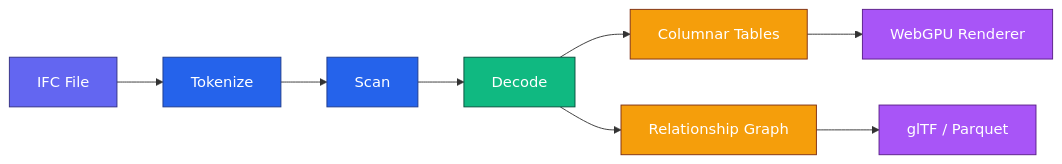
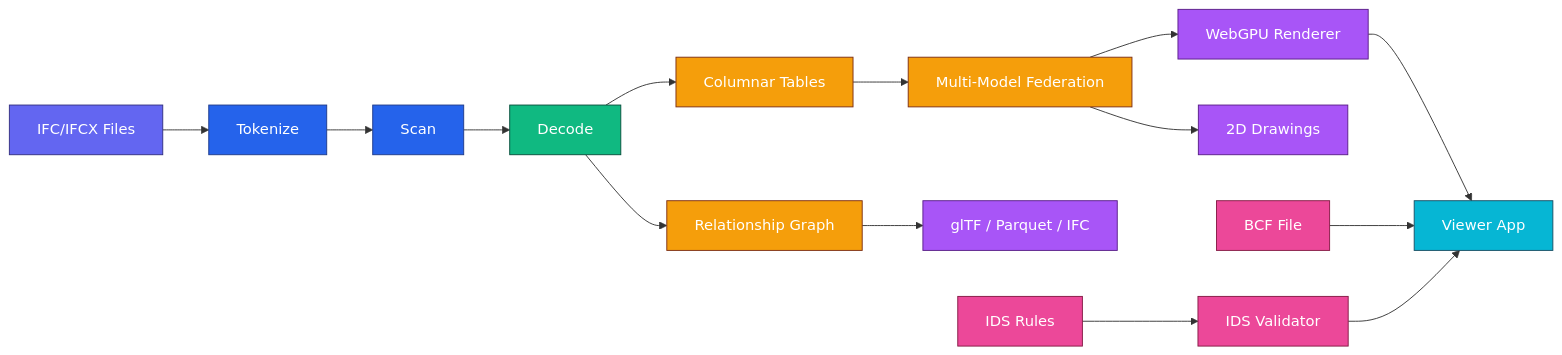
Before and after one commit to louistrue/ifc-lite: the first of 2 diagrams in packages/wasm/pkg/README.md, drawn with Mermaid. The commit also changed other lines of this file and 104 other files, not shown here.

````diff
--- a/packages/wasm/pkg/README.md
+++ b/packages/wasm/pkg/README.md
@@ -190,18 +198,31 @@
 ```mermaid
 flowchart LR
-    IFC[IFC File] --> Tokenize
+    IFC[IFC/IFCX Files] --> Tokenize
     Tokenize --> Scan --> Decode
     Decode --> Tables[Columnar Tables]
     Decode --> Graph[Relationship Graph]
-    Tables --> Renderer[WebGPU Renderer]
-    Graph --> Export[glTF / Parquet]
-    
+    Tables --> Federation[Multi-Model Federation]
+    Federation --> Renderer[WebGPU Renderer]
+    Federation --> Drawing2D[2D Drawings]
+    Graph --> Export[glTF / Parquet / IFC]
+
+    BCF[BCF File] --> Viewer
+    IDS[IDS Rules] --> Validator[IDS Validator]
+    Validator --> Viewer
+    Renderer --> Viewer[Viewer App]
+
     style IFC fill:#6366f1,stroke:#312e81,color:#fff
     style Tokenize fill:#2563eb,stroke:#1e3a8a,color:#fff
     style Scan fill:#2563eb,stroke:#1e3a8a,color:#fff
     style Decode fill:#10b981,stroke:#064e3b,color:#fff
     style Tables fill:#f59e0b,stroke:#7c2d12,color:#fff
     style Graph fill:#f59e0b,stroke:#7c2d12,color:#fff
+    style Federation fill:#f59e0b,stroke:#7c2d12,color:#fff
     style Renderer fill:#a855f7,stroke:#581c87,color:#fff
+    style Drawing2D fill:#a855f7,stroke:#581c87,color:#fff
     style Export fill:#a855f7,stroke:#581c87,color:#fff
+    style BCF fill:#ec4899,stroke:#831843,color:#fff
+    style IDS fill:#ec4899,stroke:#831843,color:#fff
+    style Validator fill:#ec4899,stroke:#831843,color:#fff
+    style Viewer fill:#06b6d4,stroke:#164e63,color:#fff
 ```
````
